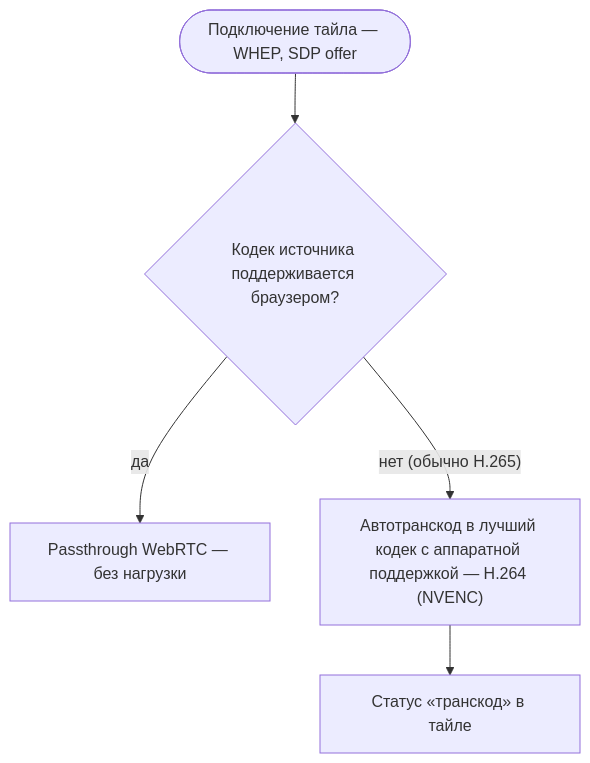
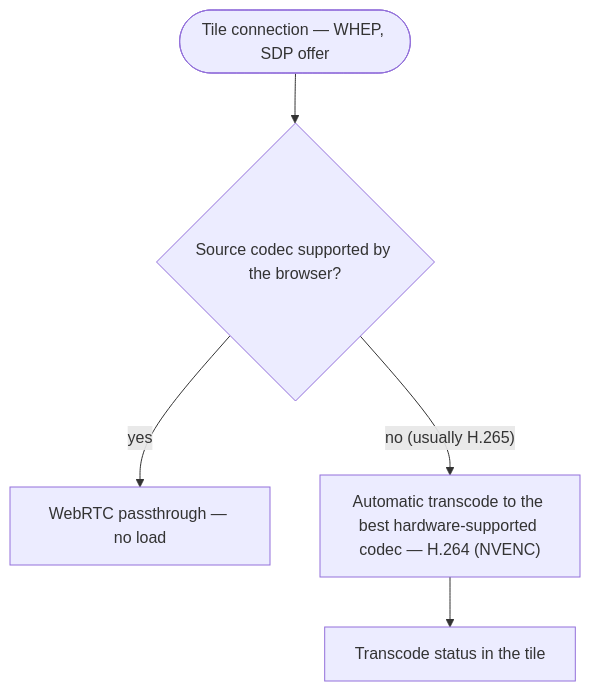
The third of 4 diagrams in docs/architecture.md (djem-3000/MollyNVR), drawn with Mermaid before and after one commit. The commit also changed other lines of this file and 164 other files, not shown here.

````diff
--- a/docs/architecture.md
+++ b/docs/architecture.md
@@ -129,7 +129,7 @@
 ```mermaid
 flowchart TD
-  S(["Подключение тайла — WHEP, SDP offer"]) --> C{"Кодек источника поддерживается браузером?"}
-  C -- да --> P["Passthrough WebRTC — без нагрузки"]
-  C -- "нет (обычно H.265)" --> T["Автотранскод в лучший кодек с аппаратной поддержкой — H.264 (NVENC)"]
-  T --> N["Статус «транскод» в тайле"]
+  S(["Tile connection — WHEP, SDP offer"]) --> C{"Source codec supported by the browser?"}
+  C -- yes --> P["WebRTC passthrough — no load"]
+  C -- "no (usually H.265)" --> T["Automatic transcode to the best hardware-supported codec — H.264 (NVENC)"]
+  T --> N["Transcode status in the tile"]
 ```
````
